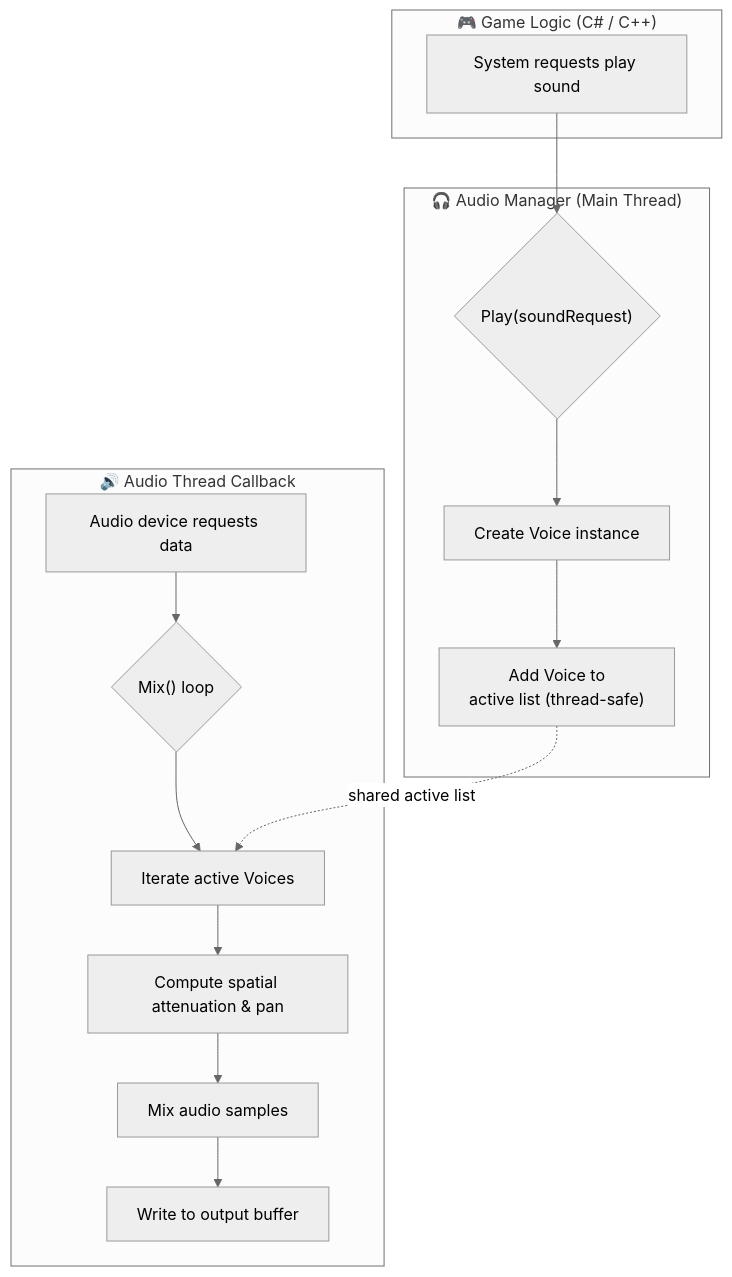
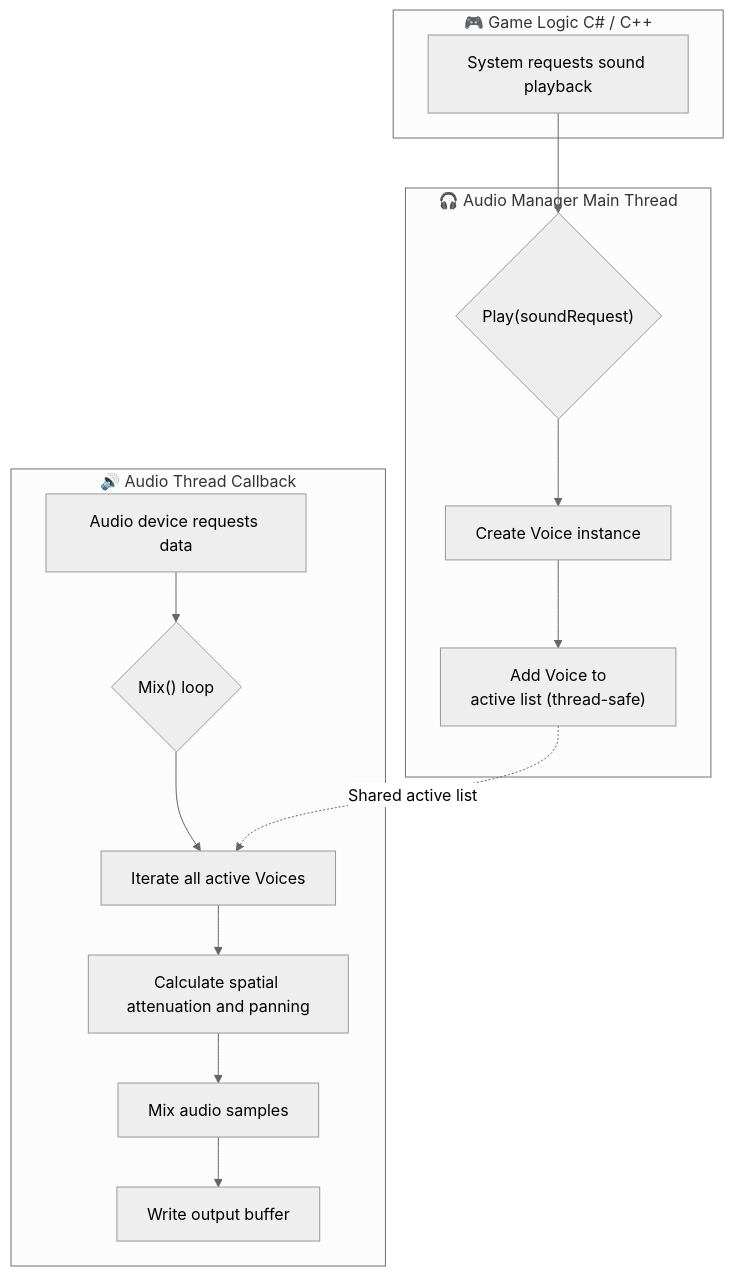
Before and after one commit to NGLSG/Luma: the tenth of 12 diagrams in ARCHITECTURE_EN.md, drawn with Mermaid (neutral theme). The commit also changed other lines of this file and 61 other files, not shown here.

````diff
--- a/ARCHITECTURE_EN.md
+++ b/ARCHITECTURE_EN.md
@@ -228,25 +233,30 @@
 ```mermaid
 graph TD
-    subgraph "🎮 Game Logic (C# / C++)"
-        A["System requests play sound"]
+    subgraph "🎮 Game Logic C# / C++"
+        A["System requests sound playback"]
     end
 
-    subgraph "🎧 Audio Manager (Main Thread)"
+    subgraph "🎧 Audio Manager Main Thread"
         B{"Play(soundRequest)"}
         C["Create Voice instance"]
         D["Add Voice to<br/>active list (thread-safe)"]
     end
 
     subgraph "🔊 Audio Thread Callback"
         E["Audio device requests data"]
         F{"Mix() loop"}
-        G["Iterate active Voices"]
-        H["Compute spatial attenuation & pan"]
+        G["Iterate all active Voices"]
+        H["Calculate spatial attenuation and panning"]
         I["Mix audio samples"]
-        J["Write to output buffer"]
+        J["Write output buffer"]
     end
 
+%% Define main thread logic
     A --> B --> C --> D
+
+%% Define audio thread logic
     E --> F --> G --> H --> I --> J
-    D -.->|shared active list| G
+
+%% Define cross-thread interaction
+    D -.->|Shared active list| G
 ```
````
